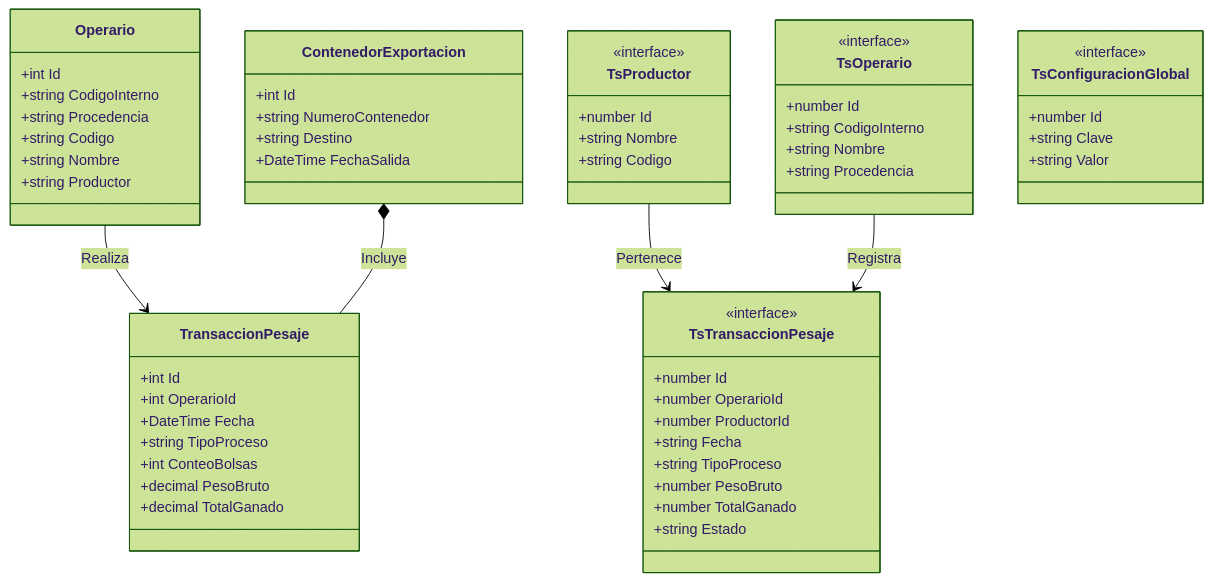
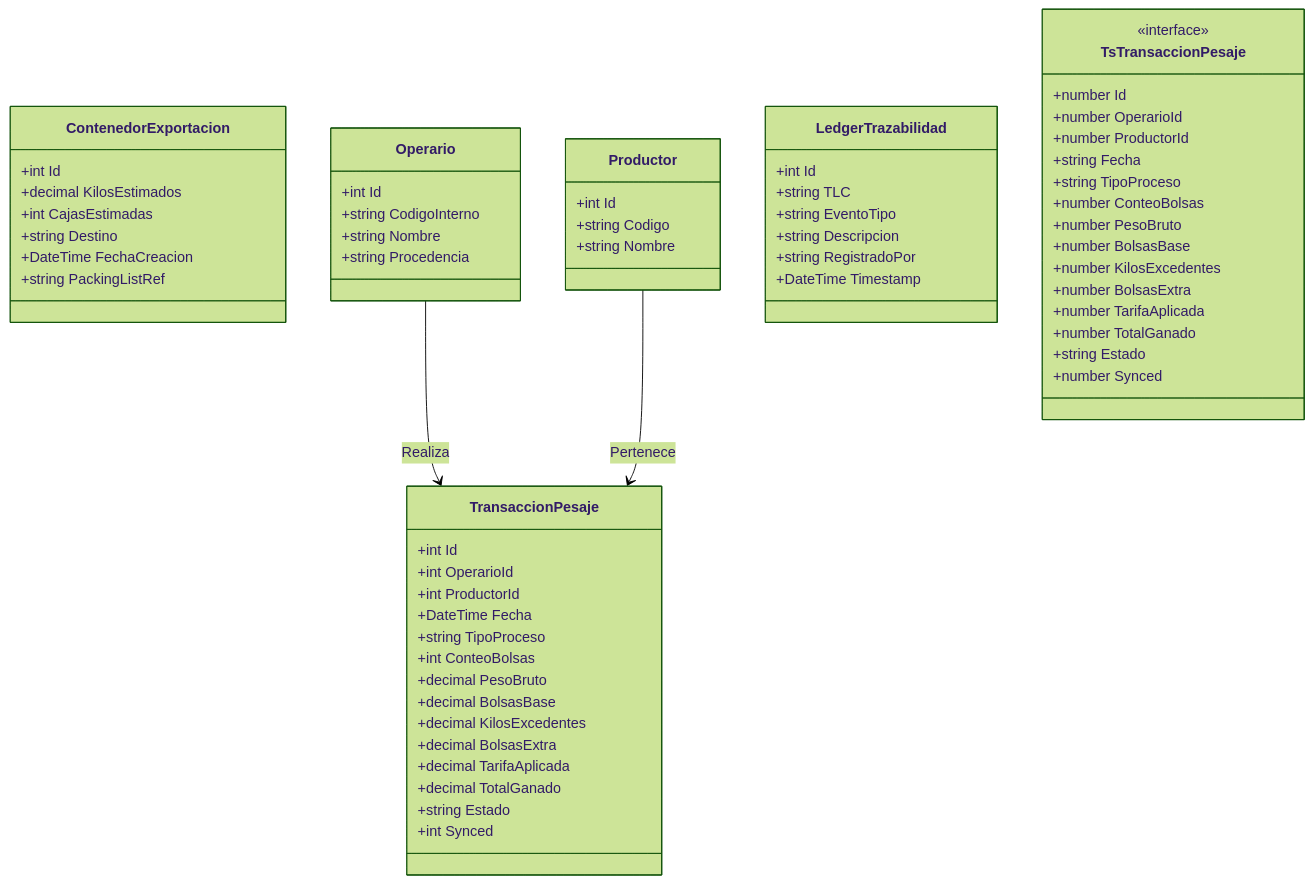
The diagram in docs/Diagrama_Clases.md (colomer510-netizen/agrotrack-nominas), drawn with Mermaid (forest theme) before and after one commit. The commit also changed 40 other files, not shown here.

````diff
--- a/docs/Diagrama_Clases.md
+++ b/docs/Diagrama_Clases.md
@@ -9,67 +9,71 @@
 ```mermaid
 classDiagram
     class ContenedorExportacion {
         +int Id
-        +string NumeroContenedor
+        +decimal KilosEstimados
+        +int CajasEstimadas
         +string Destino
-        +DateTime FechaSalida
+        +DateTime FechaCreacion
+        +string PackingListRef
     }
 
     class Operario {
         +int Id
         +string CodigoInterno
+        +string Nombre
         +string Procedencia
+    }
+    
+    class Productor {
+        +int Id
         +string Codigo
         +string Nombre
-        +string Productor
     }
 
     class TransaccionPesaje {
         +int Id
         +int OperarioId
+        +int ProductorId
         +DateTime Fecha
         +string TipoProceso
         +int ConteoBolsas
         +decimal PesoBruto
+        +decimal BolsasBase
+        +decimal KilosExcedentes
+        +decimal BolsasExtra
+        +decimal TarifaAplicada
         +decimal TotalGanado
+        +string Estado
+        +int Synced
     }
-
-    class TsProductor {
-        <<interface>>
-        +number Id
-        +string Nombre
-        +string Codigo
-    }
-
-    class TsOperario {
-        <<interface>>
-        +number Id
-        +string CodigoInterno
-        +string Nombre
-        +string Procedencia
-    }
-
-    class TsConfiguracionGlobal {
-        <<interface>>
-        +number Id
-        +string Clave
-        +string Valor
+    
+    class LedgerTrazabilidad {
+        +int Id
+        +string TLC
+        +string EventoTipo
+        +string Descripcion
+        +string RegistradoPor
+        +DateTime Timestamp
     }
 
     class TsTransaccionPesaje {
         <<interface>>
         +number Id
         +number OperarioId
         +number ProductorId
         +string Fecha
         +string TipoProceso
+        +number ConteoBolsas
         +number PesoBruto
+        +number BolsasBase
+        +number KilosExcedentes
+        +number BolsasExtra
+        +number TarifaAplicada
         +number TotalGanado
         +string Estado
+        +number Synced
     }
 
     Operario --> TransaccionPesaje : Realiza
-    ContenedorExportacion *-- TransaccionPesaje : Incluye
-    TsProductor --> TsTransaccionPesaje : Pertenece
-    TsOperario --> TsTransaccionPesaje : Registra
+    Productor --> TransaccionPesaje : Pertenece
 ```
````
